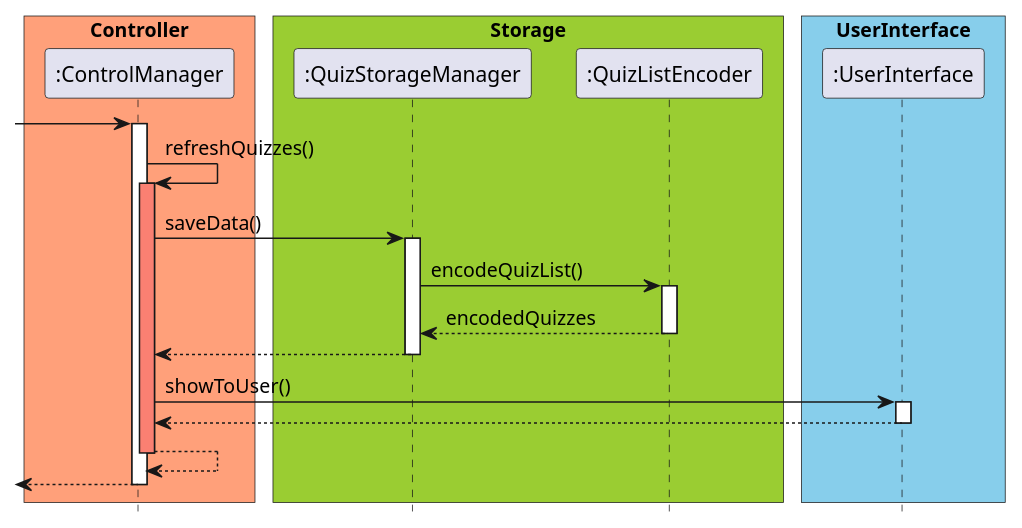
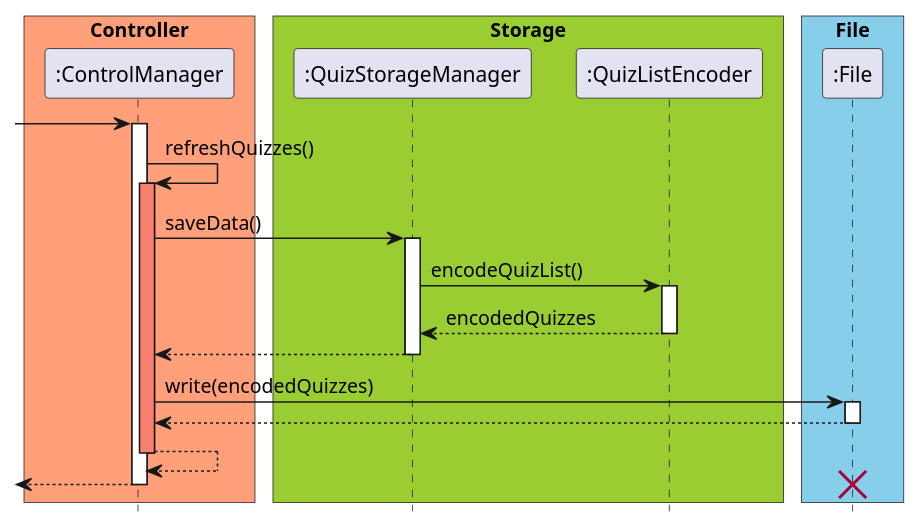
One commit to untitle4/tp changed the diagram in docs/plantuml/QuizWriteStorage.puml. Above: the diagram before and after it, drawn with PlantUML. The commit also changed 4 other files, not shown here.

Commit message:
Update quiz UML diagrams for DG

```diff
--- a/docs/plantuml/QuizWriteStorage.puml
+++ b/docs/plantuml/QuizWriteStorage.puml
@@ -1,41 +1,42 @@
 @startuml
 
 skinparam ParticipantPadding 10
 skinparam BoxPadding 5
 hide footbox
 
 box "Controller" #LightSalmon
 participant ":ControlManager"
 end box
 
 box "Storage" #YellowGreen
 participant ":QuizStorageManager"
 participant ":QuizListEncoder"
 end box
 
-box "UserInterface" #skyblue
-participant ":UserInterface"
+box "File" #skyblue
+participant ":File"
 end box
 
 -> ":ControlManager"
 activate ":ControlManager"
 ":ControlManager" -> ":ControlManager" : refreshQuizzes()
 activate ":ControlManager" #salmon
 ":ControlManager" -> ":QuizStorageManager" : saveData()
 activate ":QuizStorageManager"
 ":QuizStorageManager" -> ":QuizListEncoder" : encodeQuizList()
 activate ":QuizListEncoder"
 ":QuizListEncoder" --> ":QuizStorageManager" : encodedQuizzes
 deactivate ":QuizListEncoder"
 ":QuizStorageManager" --> ":ControlManager"
 deactivate ":QuizStorageManager"
-":ControlManager" -> ":UserInterface" : showToUser()
-activate ":UserInterface"
-":UserInterface" --> ":ControlManager"
-deactivate ":UserInterface"
+":ControlManager" -> ":File" : write(encodedQuizzes)
+activate ":File"
+":File" --> ":ControlManager"
+deactivate ":File"
 ":ControlManager" --> ":ControlManager"
 deactivate ":ControlManager"
 <-- ":ControlManager"
 deactivate ":ControlManager"
+destroy ":File"
 
 @enduml
```
